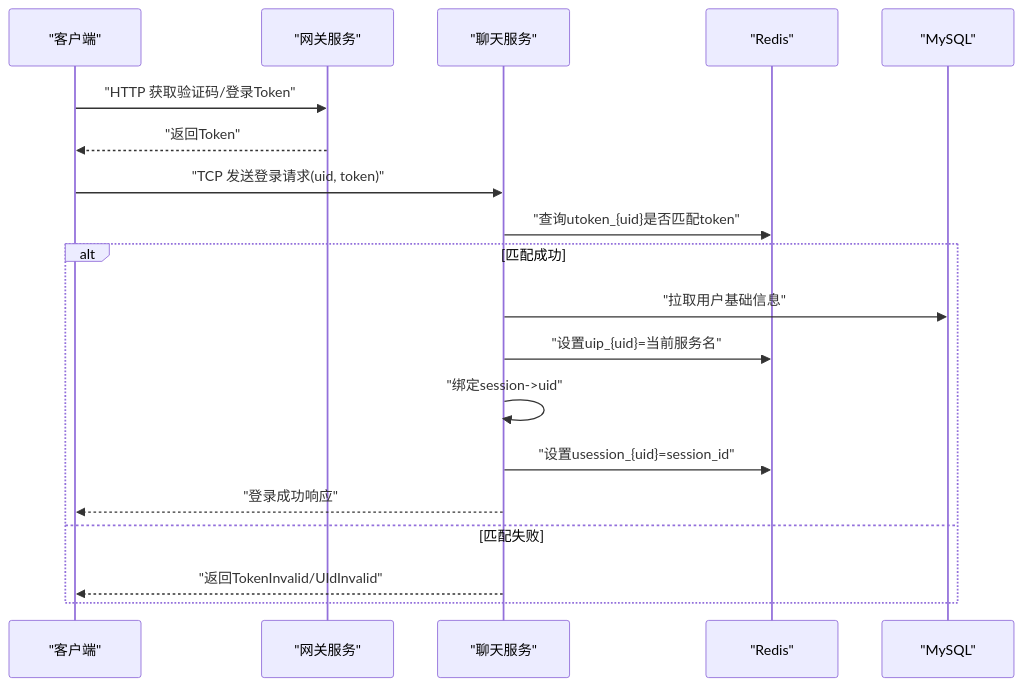
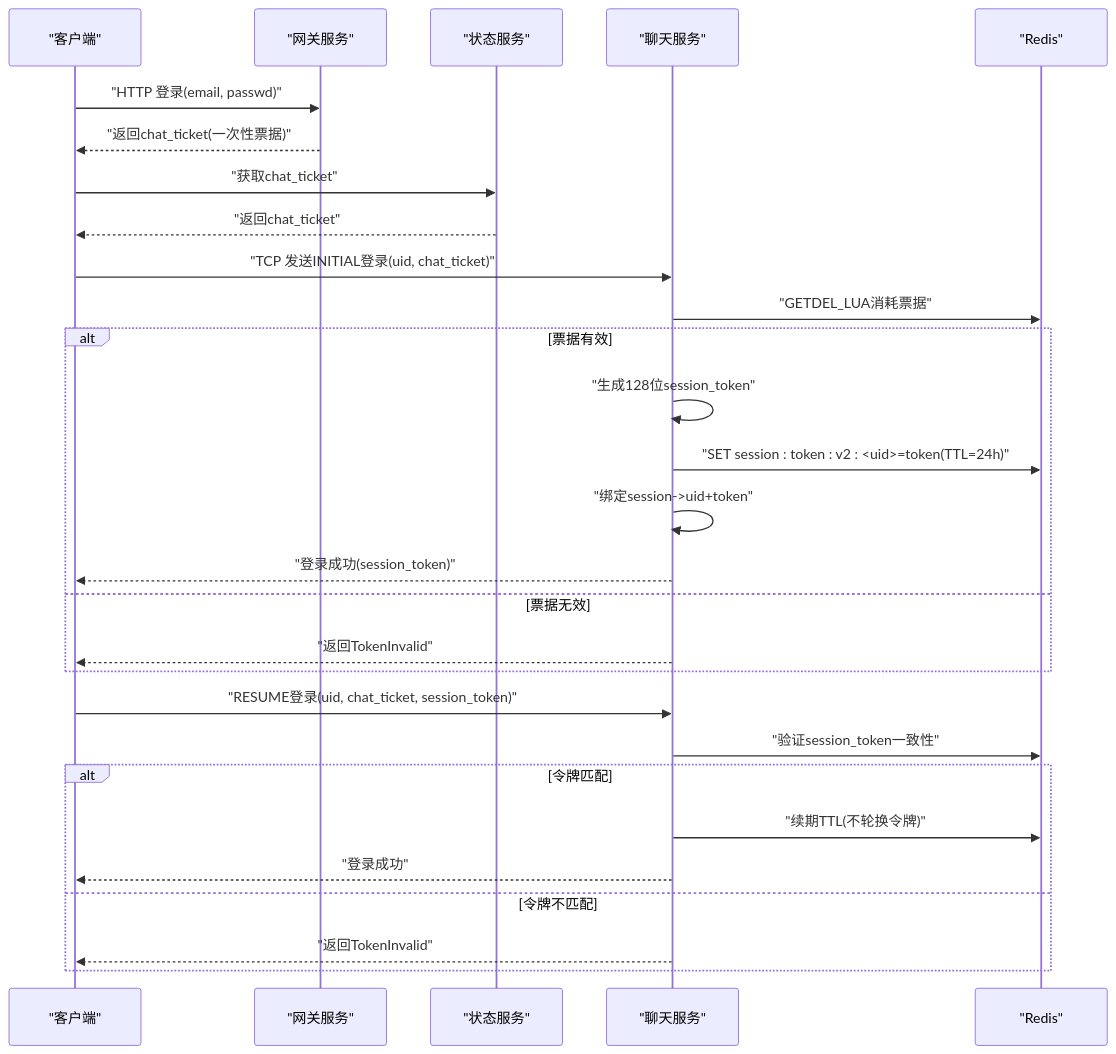
One commit to echo9923/mychatter changed the second of 9 diagrams in .qoder/repowiki/zh/content/安全设计/数据安全保护/会话管理安全.md. Above: the diagram before and after it, drawn with Mermaid. The commit also changed other lines of this file and 107 other files, not shown here.

````diff
--- a/.qoder/repowiki/zh/content/安全设计/数据安全保护/会话管理安全.md
+++ b/.qoder/repowiki/zh/content/安全设计/数据安全保护/会话管理安全.md
@@ -83,21 +77,30 @@
 ```mermaid
 sequenceDiagram
 participant Client as "客户端"
 participant Gate as "网关服务"
+participant Status as "状态服务"
 participant Chat as "聊天服务"
 participant Redis as "Redis"
-participant DB as "MySQL"
-Client->>Gate : "HTTP 获取验证码/登录Token"
-Gate-->>Client : "返回Token"
-Client->>Chat : "TCP 发送登录请求(uid, token)"
-Chat->>Redis : "查询utoken_{uid}是否匹配token"
-alt 匹配成功
-Chat->>DB : "拉取用户基础信息"
-Chat->>Redis : "设置uip_{uid}=当前服务名"
-Chat->>Chat : "绑定session->uid"
-Chat->>Redis : "设置usession_{uid}=session_id"
-Chat-->>Client : "登录成功响应"
-else 匹配失败
-Chat-->>Client : "返回TokenInvalid/UIdInvalid"
+Client->>Gate : "HTTP 登录(email, passwd)"
+Gate-->>Client : "返回chat_ticket(一次性票据)"
+Client->>Status : "获取chat_ticket"
+Status-->>Client : "返回chat_ticket"
+Client->>Chat : "TCP 发送INITIAL登录(uid, chat_ticket)"
+Chat->>Redis : "GETDEL_LUA消耗票据"
+alt 票据有效
+Chat->>Chat : "生成128位session_token"
+Chat->>Redis : "SET session : token : v2 : <uid>=token(TTL=24h)"
+Chat->>Chat : "绑定session->uid+token"
+Chat-->>Client : "登录成功(session_token)"
+else 票据无效
+Chat-->>Client : "返回TokenInvalid"
+end
+Client->>Chat : "RESUME登录(uid, chat_ticket, session_token)"
+Chat->>Redis : "验证session_token一致性"
+alt 令牌匹配
+Chat->>Redis : "续期TTL(不轮换令牌)"
+Chat-->>Client : "登录成功"
+else 令牌不匹配
+Chat-->>Client : "返回TokenInvalid"
 end
 ```
````
